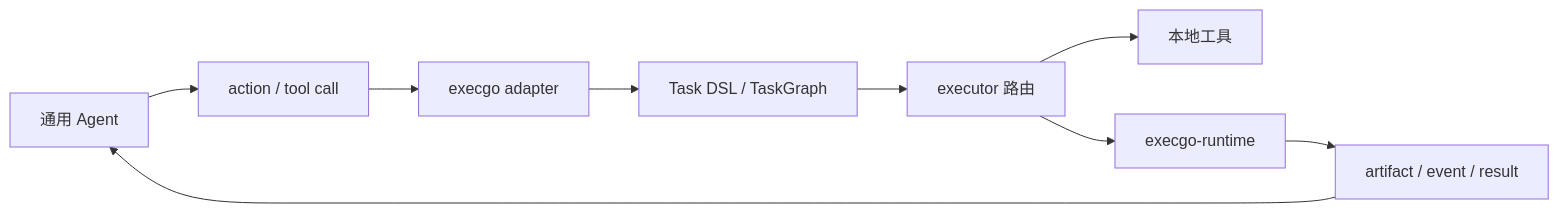
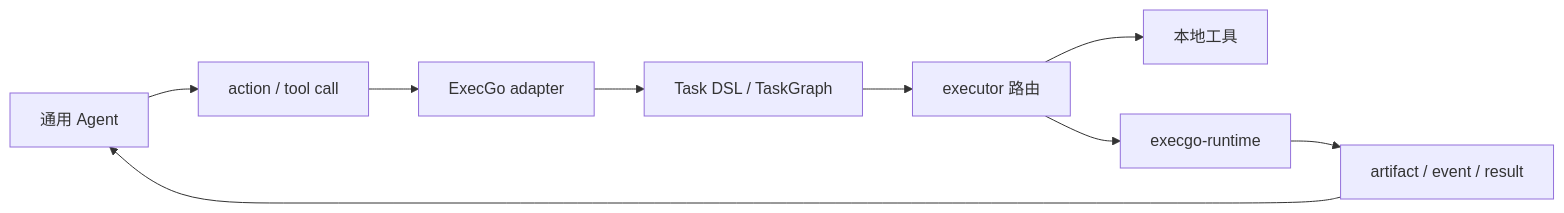
The diagram in content/docs/agent/index.mdx (iammm0/execgo-publish-website), drawn with Mermaid before and after one commit. The commit also changed other lines of this file and 6 other files, not shown here.

````diff
--- a/content/docs/agent/index.mdx
+++ b/content/docs/agent/index.mdx
@@ -37,11 +49,11 @@
 ```mermaid
 flowchart LR
   A["通用 Agent"] --> B["action / tool call"]
-  B --> C["execgo adapter"]
+  B --> C["ExecGo adapter"]
   C --> D["Task DSL / TaskGraph"]
   D --> E["executor 路由"]
   E --> F["本地工具"]
   E --> G["execgo-runtime"]
   G --> H["artifact / event / result"]
   H --> A
 ```
````
